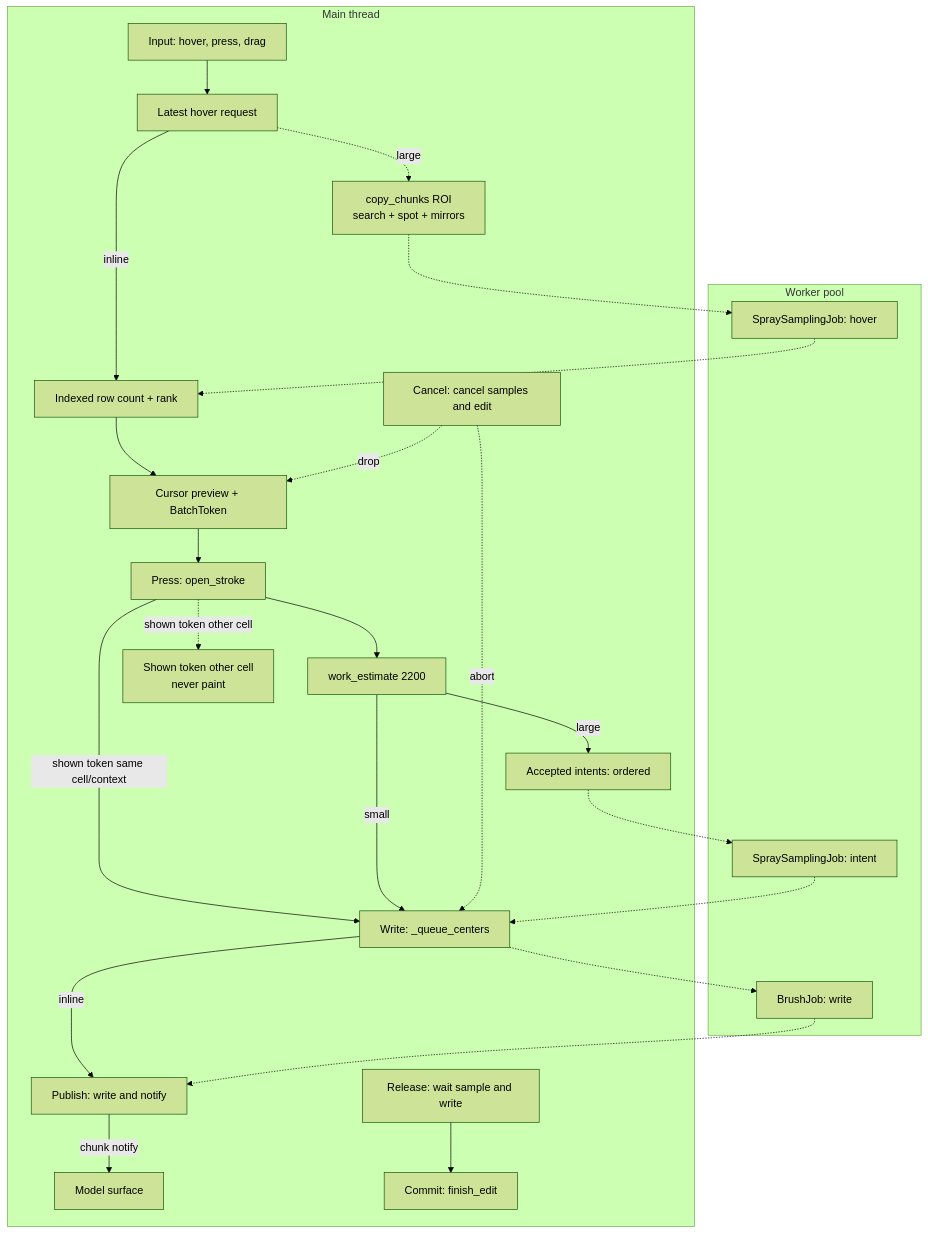
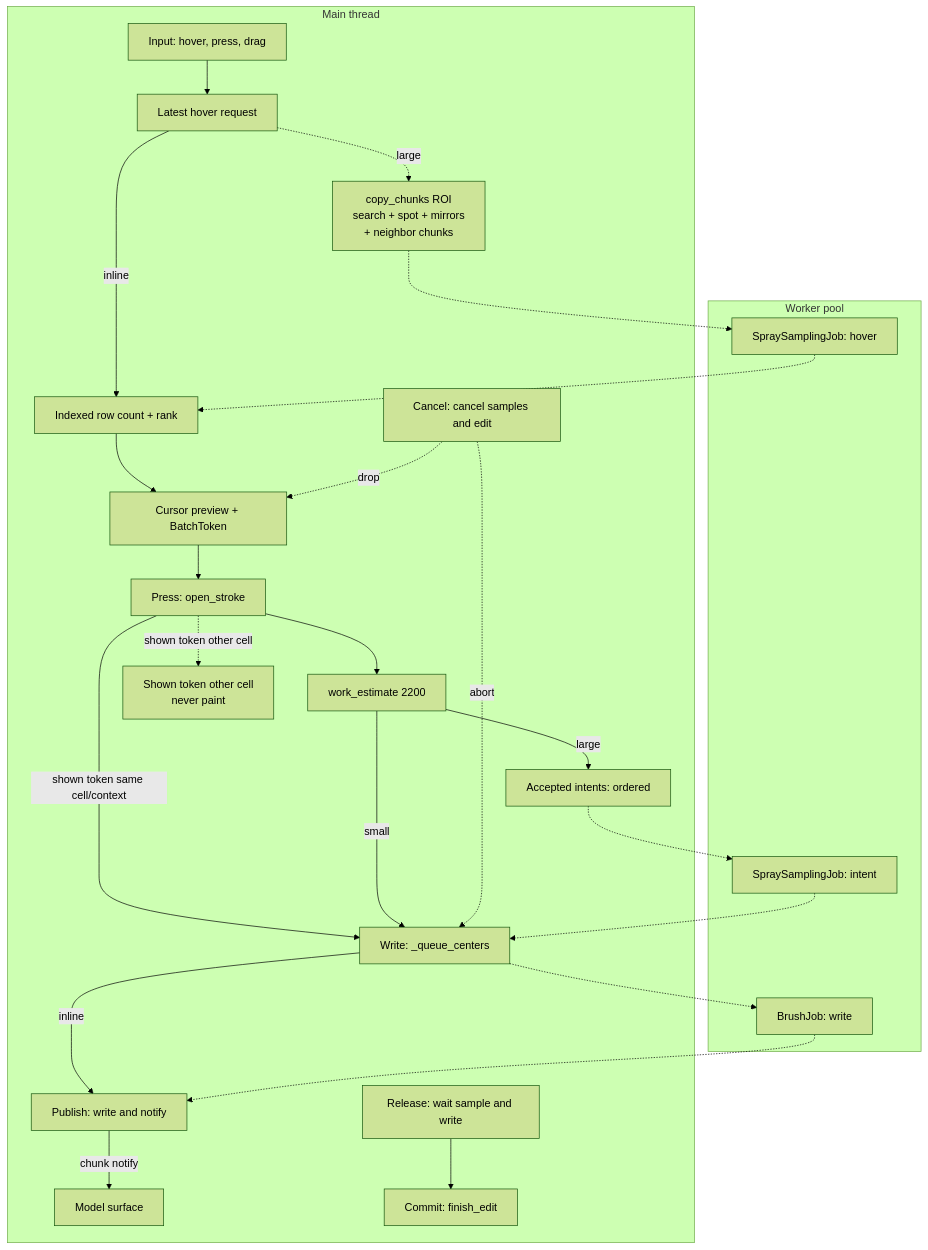
One commit to LeonardMeagher2/LVE changed the fifth of 6 diagrams in docs/tool-flows/drawing.md. Above: the diagram before and after it, drawn with Mermaid (forest theme). The commit also changed other lines of this file and 14 other files, not shown here.

````diff
--- a/docs/tool-flows/drawing.md
+++ b/docs/tool-flows/drawing.md
@@ -299,46 +300,46 @@
 ```mermaid
 flowchart TB
   subgraph Main["Main thread"]
     IN["Input: hover, press, drag"]
     HOV["Latest hover request"]
     IDX["Indexed row count + rank"]
-    ROI["copy_chunks ROI<br/>search + spot + mirrors"]
+    ROI["copy_chunks ROI<br/>search + spot + mirrors<br/>+ neighbor chunks"]
     WORK["work_estimate 2200"]
     PREV["Cursor preview + BatchToken"]
     PRESS["Press: open_stroke"]
     STALE["Shown token other cell<br/>never paint"]
     WRITE["Write: _queue_centers"]
     INT["Accepted intents: ordered"]
     PUB["Publish: write and notify"]
     MESH["Model surface"]
     REL["Release: wait sample and write"]
     COM["Commit: finish_edit"]
     CAN["Cancel: cancel samples and edit"]
   end
   subgraph Worker["Worker pool"]
     HW["SpraySamplingJob: hover"]
     SW["SpraySamplingJob: intent"]
     WW["BrushJob: write"]
   end
   IN --> HOV
   HOV -->|inline| IDX
   HOV -.->|large| ROI
   ROI -.-> HW
   HW -.-> IDX
   IDX --> PREV
   PREV --> PRESS
   PRESS --> WORK
   PRESS -->|"shown token same cell/context"| WRITE
   PRESS -.->|"shown token other cell"| STALE
   WORK -->|small| WRITE
   WORK -->|large| INT
   INT -.-> SW
   SW -.-> WRITE
   WRITE -->|inline| PUB
   WRITE -.-> WW
   WW -.-> PUB
   PUB -->|chunk notify| MESH
   REL --> COM
   CAN -.->|drop| PREV
   CAN -.->|abort| WRITE
 ```
````
